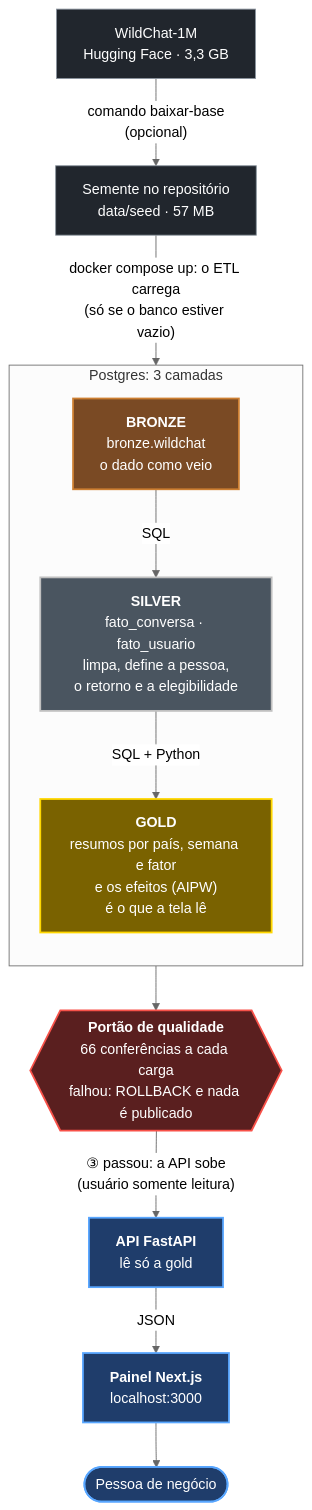
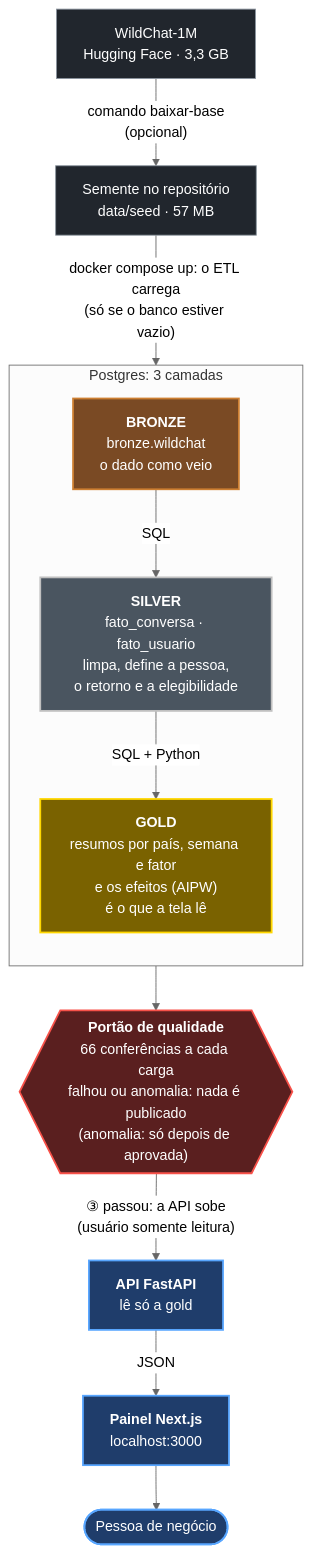
Before and after one commit to alphaonix/Acaso: the diagram in README.md, drawn with Mermaid (neutral theme). The commit also changed other lines of this file and 10 other files, not shown here.

Commit message:
Anomalia retem a carga ate aprovacao explicita (--aprovar-anomalias); API mostra so a carga publicada e avisa se ha carga retida

````diff
--- a/README.md
+++ b/README.md
@@ -87,31 +103,31 @@
 ```mermaid
 flowchart TB
   HF["WildChat-1M<br/>Hugging Face · 3,3 GB"] -->|"comando baixar-base<br/>(opcional)"| SEED["Semente no repositório<br/>data/seed · 57 MB"]
 
   SEED -->|"docker compose up: o ETL carrega<br/>(só se o banco estiver vazio)"| BR
 
   subgraph PG["Postgres: 3 camadas"]
     direction TB
     BR["<b>BRONZE</b><br/>bronze.wildchat<br/>o dado como veio"]
     SI["<b>SILVER</b><br/>fato_conversa · fato_usuario<br/>limpa, define a pessoa,<br/>o retorno e a elegibilidade"]
     GO["<b>GOLD</b><br/>resumos por país, semana e fator<br/>e os efeitos (AIPW)<br/>é o que a tela lê"]
     BR -->|SQL| SI -->|"SQL + Python"| GO
   end
-  GO --> PORTAO{{"<b>Portão de qualidade</b><br/>66 conferências a cada carga<br/>falhou: ROLLBACK e nada é publicado"}}
+  GO --> PORTAO{{"<b>Portão de qualidade</b><br/>66 conferências a cada carga<br/>falhou ou anomalia: nada é publicado<br/>(anomalia: só depois de aprovada)"}}
   PORTAO -->|"③ passou: a API sobe<br/>(usuário somente leitura)"| API["<b>API FastAPI</b><br/>lê só a gold"]
   API -->|JSON| WEB["<b>Painel Next.js</b><br/>localhost:3000"]
   WEB --> PESSOA(["Pessoa de negócio"])
 
   classDef bronze fill:#7a4a24,stroke:#cd7f32,color:#fff,stroke-width:2px;
   classDef silver fill:#4a5560,stroke:#c0c0c0,color:#fff,stroke-width:2px;
   classDef gold fill:#7a6200,stroke:#ffd700,color:#fff,stroke-width:2px;
   classDef app fill:#1f3d6b,stroke:#58a6ff,color:#fff,stroke-width:2px;
   classDef gate fill:#5a1f1f,stroke:#f85149,color:#fff,stroke-width:2px;
   classDef prep fill:#21262d,stroke:#8b949e,color:#fff;
   class BR bronze
   class SI silver
   class GO gold
   class API,WEB,PESSOA app
   class PORTAO gate
   class HF,SEED prep
 ```
````
